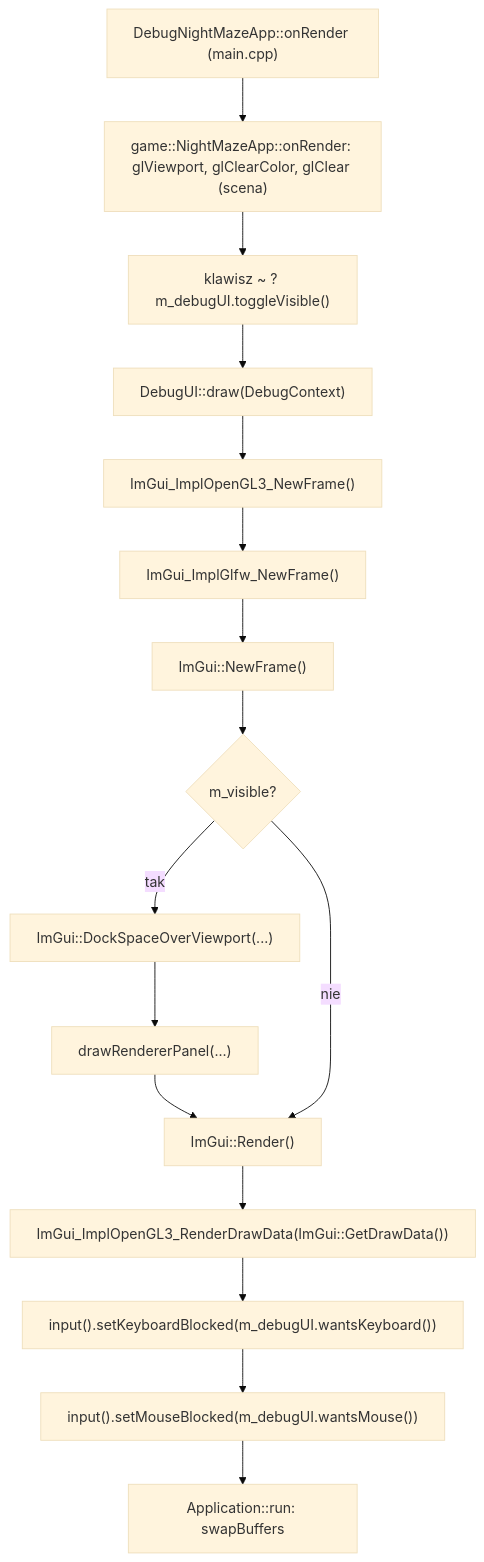
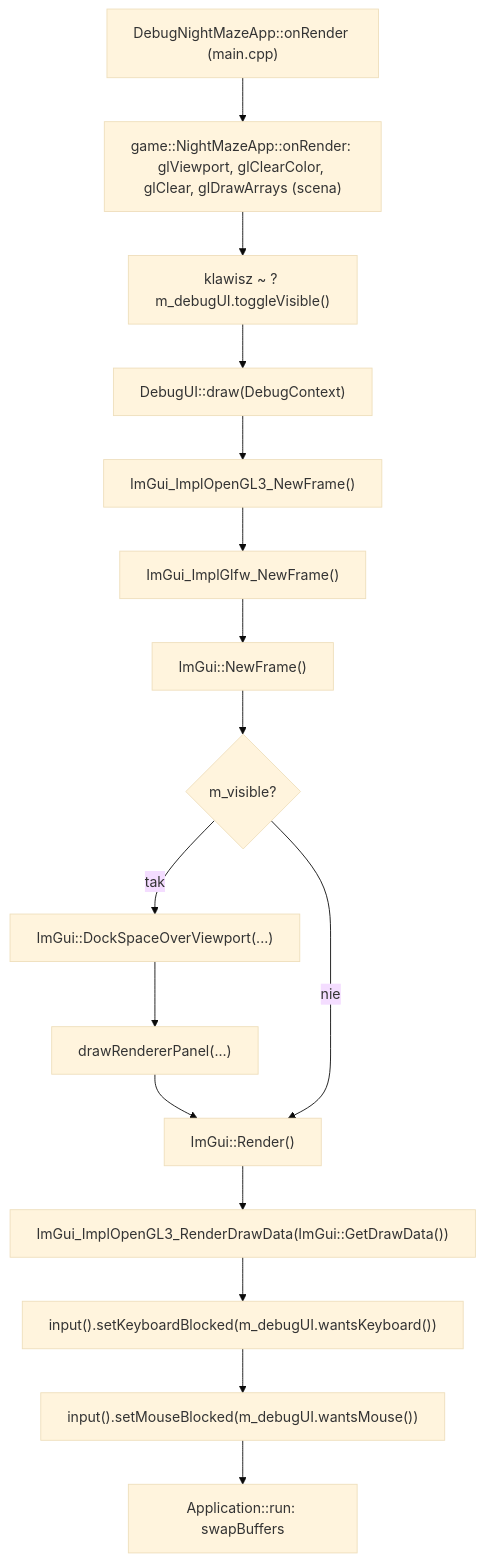
Before and after one commit to Shironex/night-maze: the first of 2 diagrams in docs/modules/debug-ui.md, drawn with Mermaid (base theme). The commit also changed 20 other files, not shown here.

First line of the commit message:
feat(game): draw a triangle

````diff
--- a/docs/modules/debug-ui.md
+++ b/docs/modules/debug-ui.md
@@ -24,18 +24,18 @@
 ```mermaid
 flowchart TD
-    A["DebugNightMazeApp::onRender (main.cpp)"] --> B["game::NightMazeApp::onRender: glViewport, glClearColor, glClear (scena)"]
+    A["DebugNightMazeApp::onRender (main.cpp)"] --> B["game::NightMazeApp::onRender: glViewport, glClearColor, glClear, glDrawArrays (scena)"]
     B --> T["klawisz ~ ? m_debugUI.toggleVisible()"]
     T --> C["DebugUI::draw(DebugContext)"]
     C --> D["ImGui_ImplOpenGL3_NewFrame()"]
     D --> E["ImGui_ImplGlfw_NewFrame()"]
     E --> F["ImGui::NewFrame()"]
     F --> G{"m_visible?"}
     G -->|tak| H["ImGui::DockSpaceOverViewport(...)"]
     H --> I["drawRendererPanel(...)"]
     I --> J["ImGui::Render()"]
     G -->|nie| J
     J --> K["ImGui_ImplOpenGL3_RenderDrawData(ImGui::GetDrawData())"]
     K --> M["input().setKeyboardBlocked(m_debugUI.wantsKeyboard())"]
     M --> N["input().setMouseBlocked(m_debugUI.wantsMouse())"]
     N --> L["Application::run: swapBuffers"]
 ```
````
